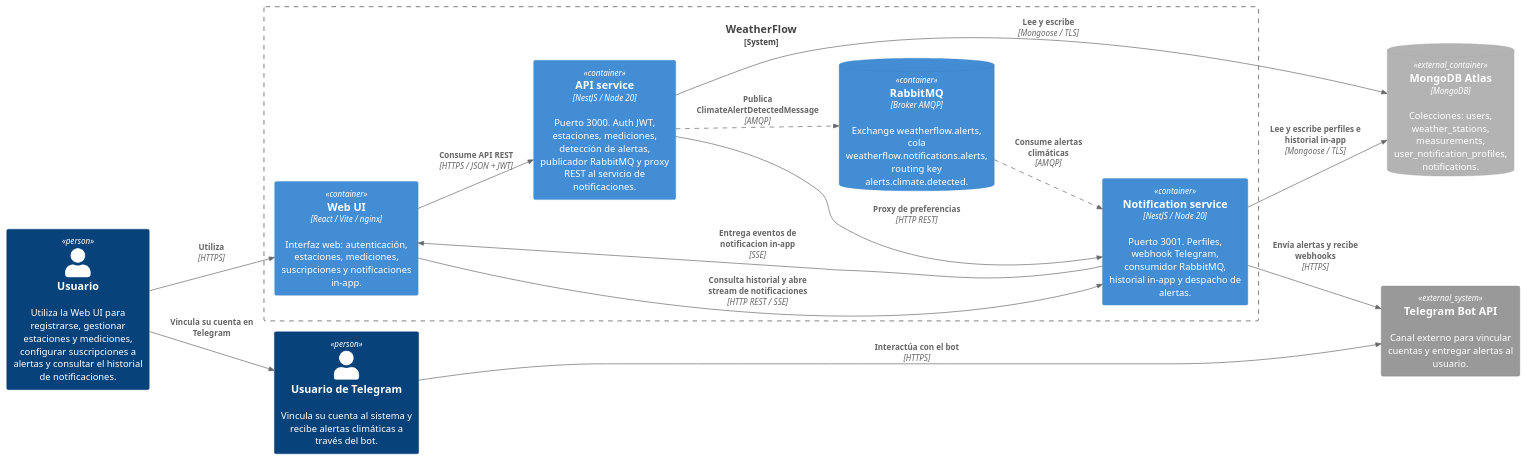
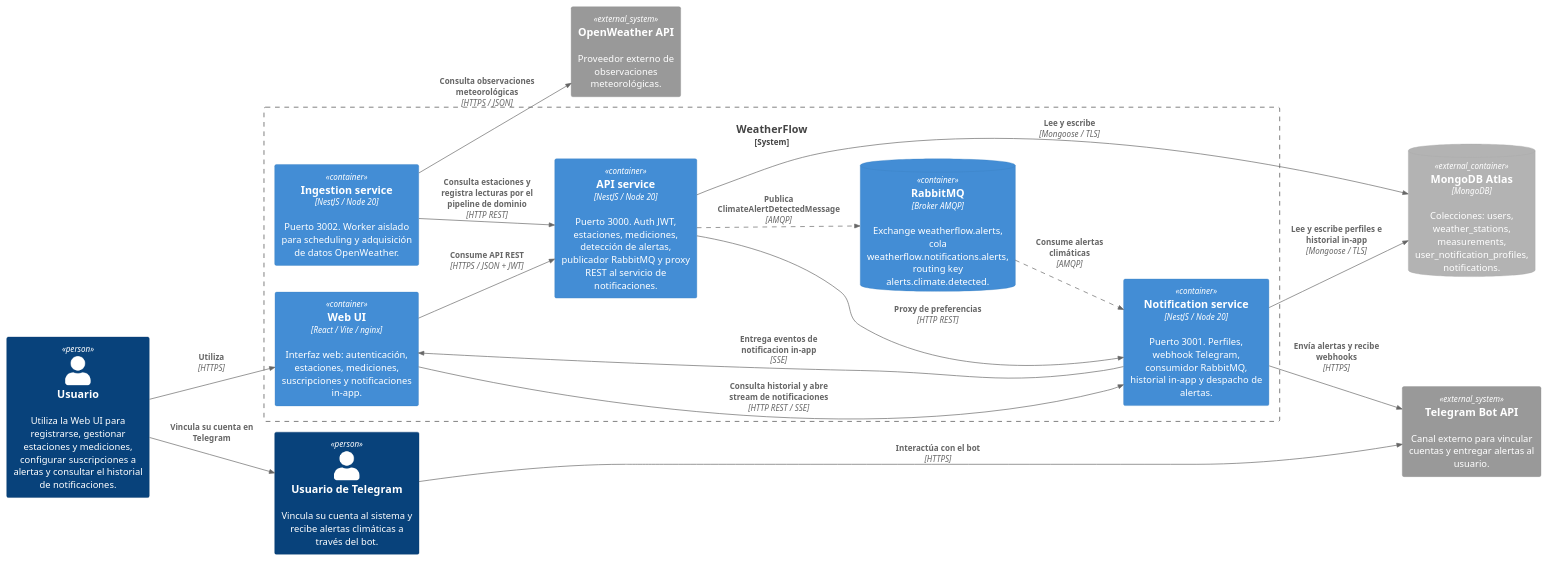
Before and after one commit to LattanzioB/WheaterFlow: the diagram in docs/architecture/c4/c4_level_2_container.plantuml, drawn with PlantUML. The commit also changed 27 other files, not shown here.

Commit message:
feat(ingestion): add service base and docker runtime

```diff
--- a/docs/architecture/c4/c4_level_2_container.plantuml
+++ b/docs/architecture/c4/c4_level_2_container.plantuml
@@ -1,35 +1,39 @@
 @startuml c4_level_2_container
 !include https://raw.githubusercontent.com/plantuml-stdlib/C4-PlantUML/master/C4_Container.puml
 
 AddRelTag("async", $lineStyle=DashedLine())
 
 LAYOUT_LEFT_RIGHT()
 
 Person(usuario, "Usuario", "Utiliza la Web UI para registrarse, gestionar estaciones y mediciones, configurar suscripciones a alertas y consultar el historial de notificaciones.")
 Person(usuarioTelegram, "Usuario de Telegram", "Vincula su cuenta al sistema y recibe alertas climáticas a través del bot.")
 
 System_Ext(telegram, "Telegram Bot API", "Canal externo para vincular cuentas y entregar alertas al usuario.")
+System_Ext(openweather, "OpenWeather API", "Proveedor externo de observaciones meteorológicas.")
 ContainerDb_Ext(mongoAtlas, "MongoDB Atlas", "MongoDB", "Colecciones: users, weather_stations, measurements, user_notification_profiles, notifications.")
 
 System_Boundary(weatherflow, "WeatherFlow") {
   Container(web, "Web UI", "React / Vite / nginx", "Interfaz web: autenticación, estaciones, mediciones, suscripciones y notificaciones in-app.")
   Container(api, "API service", "NestJS / Node 20", "Puerto 3000. Auth JWT, estaciones, mediciones, detección de alertas, publicador RabbitMQ y proxy REST al servicio de notificaciones.")
   Container(notifications, "Notification service", "NestJS / Node 20", "Puerto 3001. Perfiles, webhook Telegram, consumidor RabbitMQ, historial in-app y despacho de alertas.")
+  Container(ingestion, "Ingestion service", "NestJS / Node 20", "Puerto 3002. Worker aislado para scheduling y adquisición de datos OpenWeather.")
   ContainerDb(rabbit, "RabbitMQ", "Broker AMQP", "Exchange weatherflow.alerts, cola weatherflow.notifications.alerts, routing key alerts.climate.detected.")
 }
 
 Rel(api, mongoAtlas, "Lee y escribe", "Mongoose / TLS")
 Rel(notifications, mongoAtlas, "Lee y escribe perfiles e historial in-app", "Mongoose / TLS")
 
 Rel(usuario, usuarioTelegram, "Vincula su cuenta en Telegram", "")
 Rel(usuario, web, "Utiliza", "HTTPS")
 Rel(web, api, "Consume API REST", "HTTPS / JSON + JWT")
 Rel(web, notifications, "Consulta historial y abre stream de notificaciones", "HTTP REST / SSE")
 Rel(api, notifications, "Proxy de preferencias", "HTTP REST")
+Rel(ingestion, openweather, "Consulta observaciones meteorológicas", "HTTPS / JSON")
+Rel(ingestion, api, "Consulta estaciones y registra lecturas por el pipeline de dominio", "HTTP REST")
 Rel(api, rabbit, "Publica ClimateAlertDetectedMessage", "AMQP", $tags="async")
 Rel(rabbit, notifications, "Consume alertas climáticas", "AMQP", $tags="async")
 Rel(notifications, web, "Entrega eventos de notificacion in-app", "SSE")
 Rel(notifications, telegram, "Envía alertas y recibe webhooks", "HTTPS")
 Rel(usuarioTelegram, telegram, "Interactúa con el bot", "HTTPS")
 
 @enduml
```
